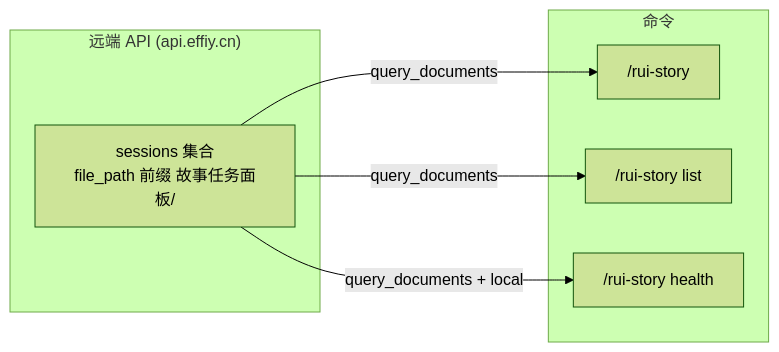
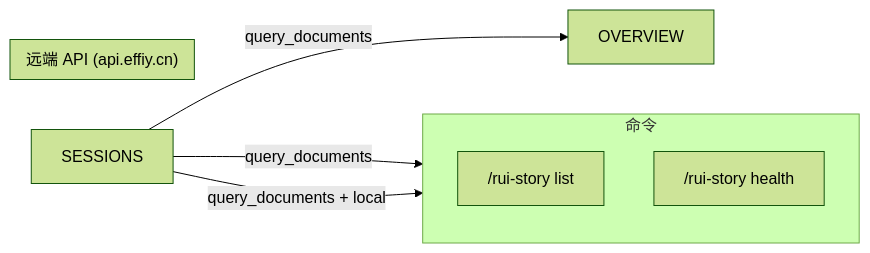
Before and after one commit to effiy/YrY: the second of 12 diagrams in skills/rui-story/SKILL.md, drawn with Mermaid (forest theme). The commit also changed other lines of this file and 42 other files, not shown here.

First line of the commit message:
feat: apply Mermaid authoring rules (M1-M12) across entire codebase

````diff
--- a/skills/rui-story/SKILL.md
+++ b/skills/rui-story/SKILL.md
@@ -47,17 +56,18 @@
 ```mermaid
 flowchart LR
     subgraph 远端["远端 API (api.effiy.cn)"]
-        SESSIONS["sessions 集合<br/>file_path 前缀 故事任务面板/"]
+        direction TB
     end
 
     subgraph 命令["命令"]
-        OVERVIEW["/rui-story"]
+        direction TB
         LIST["/rui-story list"]
         HEALTH["/rui-story health"]
     end
 
     SESSIONS -->|"query_documents"| OVERVIEW
     SESSIONS -->|"query_documents"| LIST
     SESSIONS -->|"query_documents + local"| HEALTH
 
+
 ```
````
